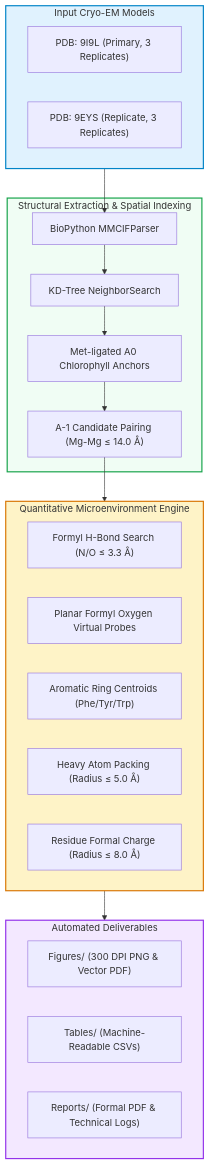
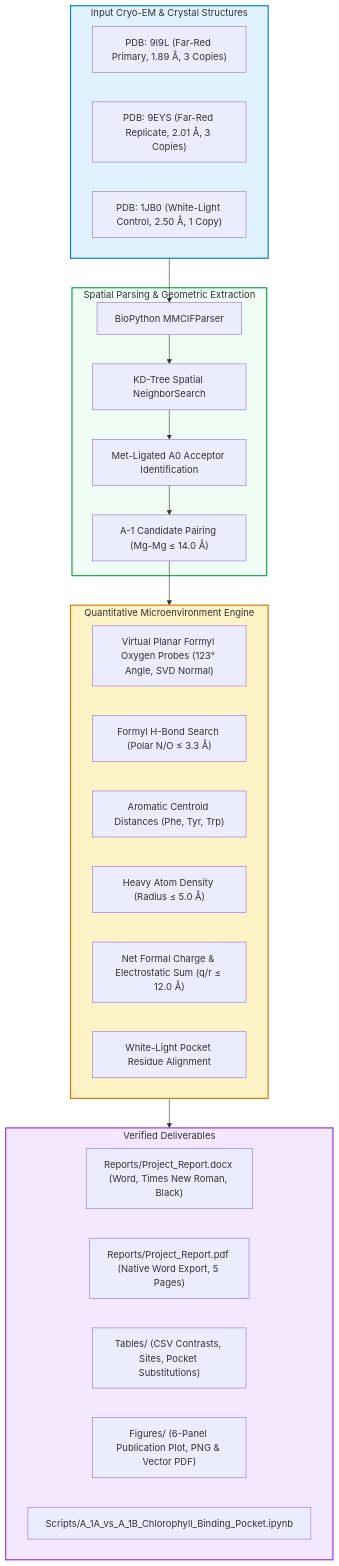
Before and after one commit to Hasnain006-nain/Chlorophyll-Pocket-Structural-Analysis: the diagram in README.md, drawn with Mermaid. The commit also changed other lines of this file and 27 other files, not shown here.

First line of the commit message:
Release final v3: Chlorophyll A-1 pocket structural analysis suite

````diff
--- a/README.md
+++ b/README.md
@@ -57,37 +77,41 @@
 ```mermaid
 flowchart TD
-    subgraph Inputs ["Input Cryo-EM Models"]
-        CIF1["PDB: 9I9L (Primary, 3 Replicates)"]
-        CIF2["PDB: 9EYS (Replicate, 3 Replicates)"]
+    subgraph Inputs ["Input Cryo-EM & Crystal Structures"]
+        CIF1["PDB: 9I9L (Far-Red Primary, 1.89 Å, 3 Copies)"]
+        CIF2["PDB: 9EYS (Far-Red Replicate, 2.01 Å, 3 Copies)"]
+        CIF3["PDB: 1JB0 (White-Light Control, 2.50 Å, 1 Copy)"]
     end
 
-    subgraph Parser ["Structural Extraction & Spatial Indexing"]
-        BIO["BioPython MMCIFParser"]
-        KD["KD-Tree NeighborSearch"]
-        A0["Met-ligated A0 Chlorophyll Anchors"]
+    subgraph Geometry ["Spatial Parsing & Geometric Extraction"]
+        PARSE["BioPython MMCIFParser"]
+        KDTREE["KD-Tree Spatial NeighborSearch"]
+        A0ANCHOR["Met-Ligated A0 Acceptor Identification"]
         PAIR["A-1 Candidate Pairing (Mg-Mg ≤ 14.0 Å)"]
     end
 
-    subgraph Measurements ["Quantitative Microenvironment Engine"]
-        HB["Formyl H-Bond Search (N/O ≤ 3.3 Å)"]
-        PROBE["Planar Formyl Oxygen Virtual Probes"]
-        AROM["Aromatic Ring Centroids (Phe/Tyr/Trp)"]
-        PACK["Heavy Atom Packing (Radius ≤ 5.0 Å)"]
-        CHG["Residue Formal Charge (Radius ≤ 8.0 Å)"]
+    subgraph Metrics ["Quantitative Microenvironment Engine"]
+        PROBE["Virtual Planar Formyl Oxygen Probes (123° Angle, SVD Normal)"]
+        HBOND["Formyl H-Bond Search (Polar N/O ≤ 3.3 Å)"]
+        AROMATIC["Aromatic Centroid Distances (Phe, Tyr, Trp)"]
+        PACKING["Heavy Atom Density (Radius ≤ 5.0 Å)"]
+        ELECTRO["Net Formal Charge & Electrostatic Sum (q/r ≤ 12.0 Å)"]
+        HOMOLOGY["White-Light Pocket Residue Alignment"]
     end
 
-    subgraph Outputs ["Automated Deliverables"]
-        FIG["Figures/ (300 DPI PNG & Vector PDF)"]
-        TAB["Tables/ (Machine-Readable CSVs)"]
-        REP["Reports/ (Formal PDF & Technical Logs)"]
+    subgraph Outputs ["Verified Deliverables"]
+        DOCX["Reports/Project_Report.docx (Word, Times New Roman, Black)"]
+        PDF["Reports/Project_Report.pdf (Native Word Export, 5 Pages)"]
+        TABLES["Tables/ (CSV Contrasts, Sites, Pocket Substitutions)"]
+        FIGS["Figures/ (6-Panel Publication Plot, PNG & Vector PDF)"]
+        NOTEBOOK["Scripts/A_1A_vs_A_1B_Chlorophyll_Binding_Pocket.ipynb"]
     end
 
-    Inputs --> BIO --> KD --> A0 --> PAIR
-    PAIR --> Measurements
-    Measurements --> Outputs
+    Inputs --> PARSE --> KDTREE --> A0ANCHOR --> PAIR
+    PAIR --> Metrics
+    Metrics --> Outputs
 
     style Inputs fill:#e0f2fe,stroke:#0284c7,stroke-width:2px
-    style Parser fill:#f0fdf4,stroke:#16a34a,stroke-width:2px
-    style Measurements fill:#fef3c7,stroke:#d97706,stroke-width:2px
+    style Geometry fill:#f0fdf4,stroke:#16a34a,stroke-width:2px
+    style Metrics fill:#fef3c7,stroke:#d97706,stroke-width:2px
     style Outputs fill:#f3e8ff,stroke:#9333ea,stroke-width:2px
 ```
````
